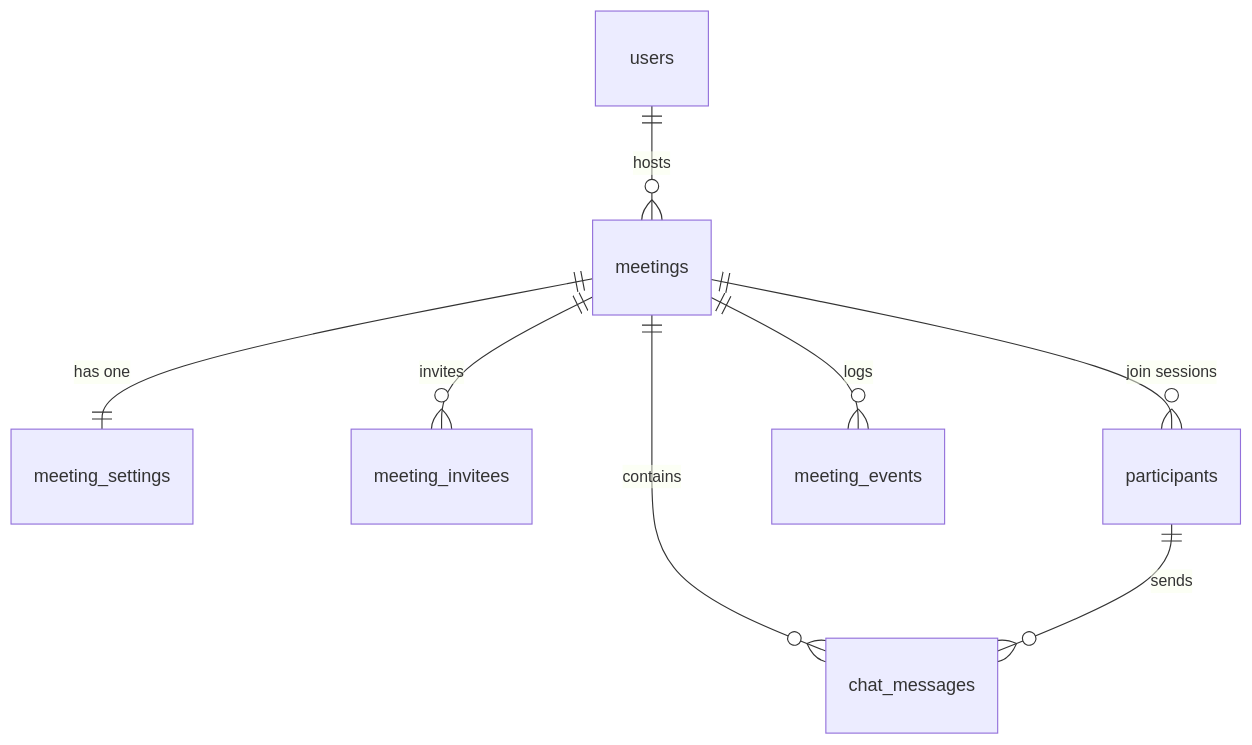
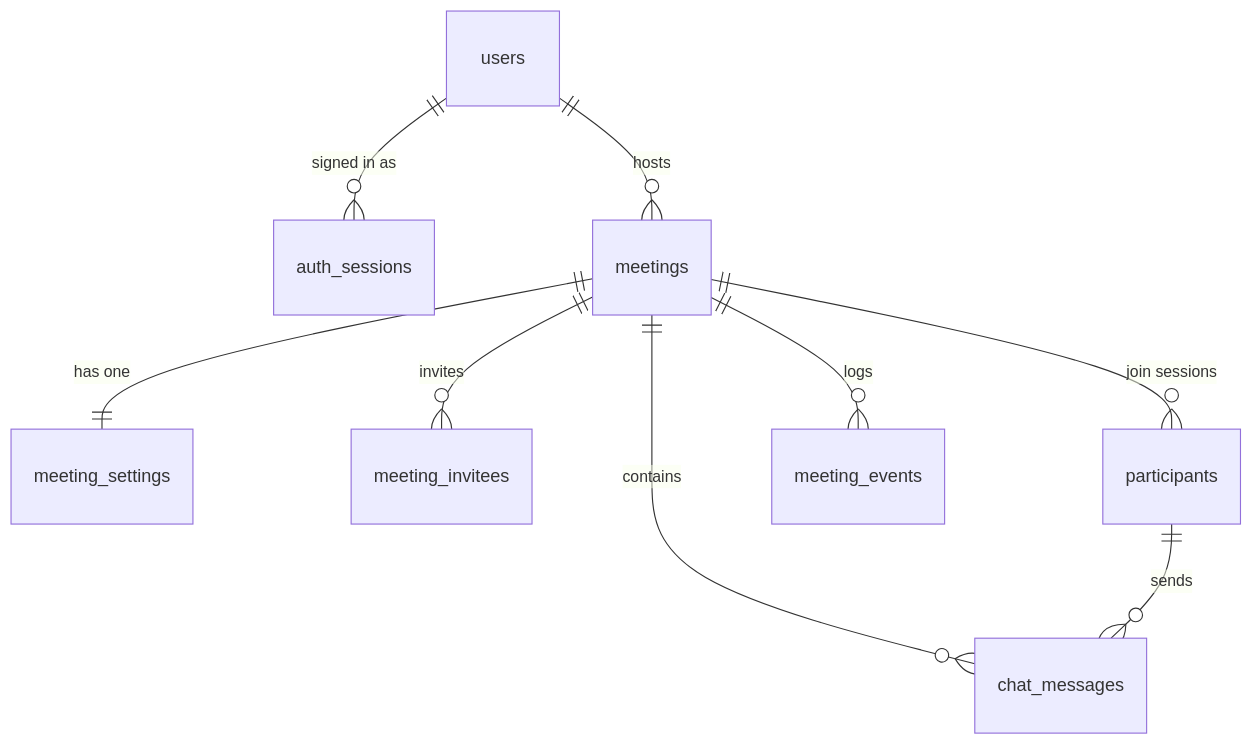
Before and after one commit to anonymouse-19/zoom-clone: the third of 3 diagrams in README.md, drawn with Mermaid. The commit also changed other lines of this file and 63 other files, not shown here.

````diff
--- a/README.md
+++ b/README.md
@@ -103,10 +110,11 @@
 ```mermaid
 erDiagram
+    users ||--o{ auth_sessions : "signed in as"
     users ||--o{ meetings : hosts
     meetings ||--|| meeting_settings : "has one"
     meetings ||--o{ meeting_invitees : invites
     meetings ||--o{ participants : "join sessions"
     meetings ||--o{ chat_messages : contains
     meetings ||--o{ meeting_events : logs
     participants ||--o{ chat_messages : sends
 ```
````
